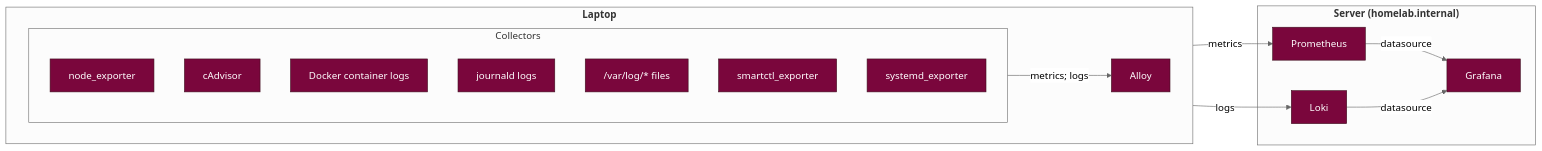
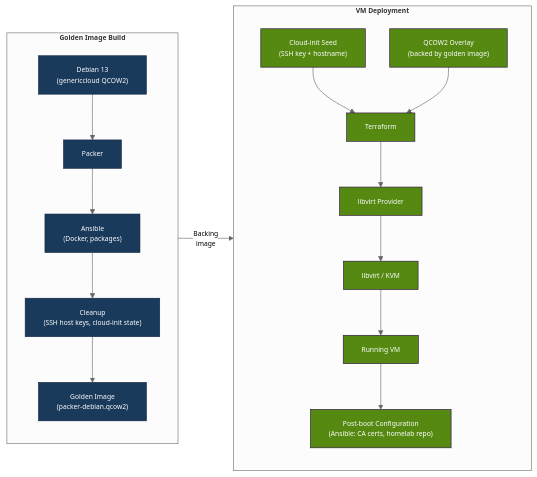
Before and after one commit to aleksa-radojicic/homelab-public: the second of 2 diagrams in README.md, drawn with Mermaid. The commit also changed other lines of this file, not shown here.

````diff
--- a/README.md
+++ b/README.md
@@ -109,40 +133,55 @@
 ```mermaid
 %%{init: {
-  'theme': 'neutral'
+  'theme': 'neutral',
+  'themeVariables': {
+    'fontSize': '11px'
+  },
+  'flowchart': {
+    'htmlLabels': true,
+    'padding': 15,
+    'nodeSpacing': 40
+  }
 }}%%
 flowchart LR
-    subgraph Laptop["<b>Laptop</b>"]
-        direction LR
+    subgraph Build["<b>Golden Image Build</b>"]
+        direction TB
 
-        subgraph Collectors["Collectors"]
-            direction TB
-            NodeExp["node_exporter"]
-            CadvisorExp["cAdvisor"]
-            DockerLogs["Docker container logs"]
-            JournalLogs["journald logs"]
-            FileLogs["/var/log/* files"]
-            SmartctlExp["smartctl_exporter"]
-            SystemdExp["systemd_exporter"]
-        end
+        Debian["Debian 13<br/>(genericcloud QCOW2)"]
+        Packer["Packer"]
+        Ansible["Ansible<br/>(Docker, packages)"]
+        Cleanup["Cleanup<br/>(SSH host keys, cloud-init state)"]
+        Golden["Golden Image<br/>(packer-debian.qcow2)"]
 
-        Alloy["Alloy"]
+        Debian --> Packer
+        Packer --> Ansible
+        Ansible --> Cleanup
+        Cleanup --> Golden
     end
 
-    subgraph Server["<b>Server (homelab.internal)</b>"]
-        Prometheus["Prometheus"]
-        Loki["Loki"]
-        Grafana["Grafana"]
+    subgraph Deploy["<b>VM Deployment</b>"]
+        direction TB
+
+        Seed["Cloud-init Seed<br/>(SSH key + hostname)"]
+        Overlay["QCOW2 Overlay<br/>(backed by golden image)"]
+        Terraform["Terraform"]
+        Provider["libvirt Provider"]
+        Libvirt["libvirt / KVM"]
+        VM["Running VM"]
+        PostSetup["Post-boot Configuration<br/>(Ansible: CA certs, homelab repo)"]
+
+        Seed --> Terraform
+        Golden -->|"Backing</br>image"| Overlay
+        Overlay --> Terraform
+        Terraform --> Provider
+        Provider --> Libvirt
+        Libvirt --> VM
+        VM --> PostSetup
     end
 
-    Collectors -->|"metrics; logs"| Alloy
-    Alloy -->|"metrics"| Prometheus
-    Alloy -->|"logs"| Loki
-    Prometheus -->|"datasource"| Grafana
-    Loki -->|"datasource"| Grafana
+    %% Styling
+    classDef build fill:#1a3a5c,color:#fff,stroke:#0f2440
+    classDef deploy fill:#558911,color:#fff,stroke:#281040
 
-    %% Styling
-    classDef obs fill:#7a063c,color:#fff,stroke:#401020
-
-    class Alloy,NodeExp,CadvisorExp,DockerLogs,JournalLogs,FileLogs,SmartctlExp,SystemdExp obs
-    class Prometheus,Loki,Grafana obs
+    class Debian,Packer,Ansible,Cleanup,Golden build
+    class Seed,Overlay,Terraform,Provider,Libvirt,VM,PostSetup deploy
 ```
````
